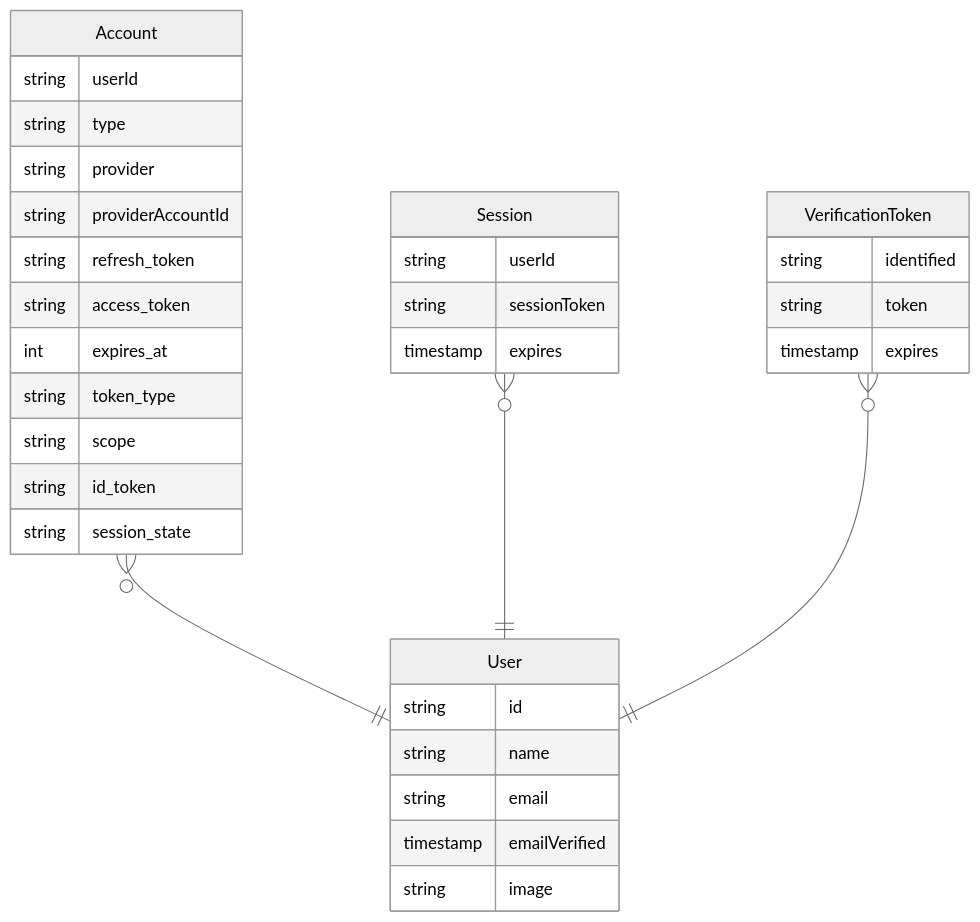
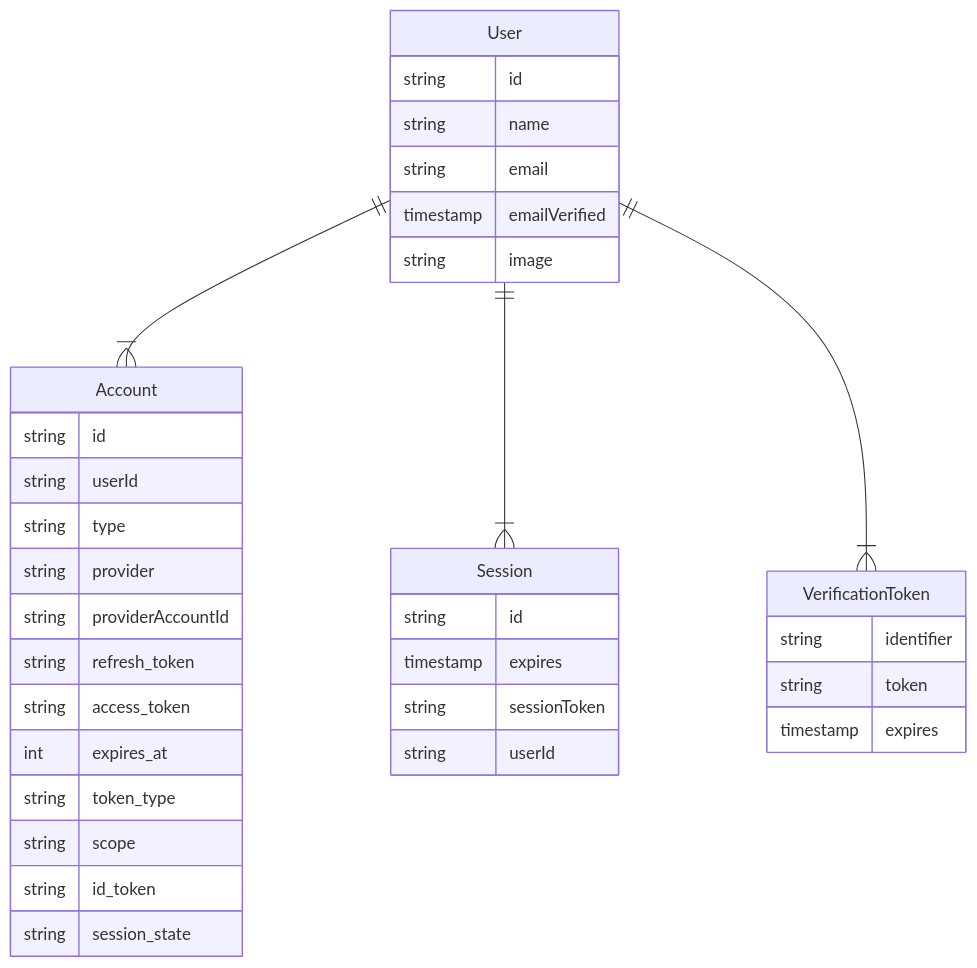
One commit to nextauthjs/next-auth changed the diagram in docs/pages/getting-started/index.mdx. Above: the diagram before and after it, drawn with Mermaid. The commit also changed other lines of this file and 2 other files, not shown here.

Commit message:
database

````diff
--- a/docs/pages/getting-started/index.mdx
+++ b/docs/pages/getting-started/index.mdx
@@ -218,37 +193,38 @@
 ```mermaid
-%%{init: {'theme':'neutral'}}%%
 erDiagram
-    Account }o--|| User : ""
+    User ||--|{ Account : ""
+    User {
+      string id
+      string name
+      string email
+      timestamp emailVerified
+      string image
+    }
+    User ||--|{ Session : ""
+    Session {
+      string id
+      timestamp expires
+      string sessionToken
+      string userId
+    }
     Account {
-        string userId
-        string type
-        string provider
-        string providerAccountId
-        string refresh_token
-        string access_token
-        int expires_at
-        string token_type
-        string scope
-        string id_token
-        string session_state
+      string id
+      string userId
+      string type
+      string provider
+      string providerAccountId
+      string refresh_token
+      string access_token
+      int expires_at
+      string token_type
+      string scope
+      string id_token
+      string session_state
     }
-    Session }o--|| User : ""
-    Session {
-        string userId
-        string sessionToken
-        timestamp expires
-    }
-    VerificationToken }o--|| User : ""
+    User ||--|{ VerificationToken : ""
     VerificationToken {
-        string identified
-        string token
-        timestamp expires
-    }
-    User {
-        string id
-        string name
-        string email
-        timestamp emailVerified
-        string image
+      string identifier
+      string token
+      timestamp expires
     }
 ```
````
